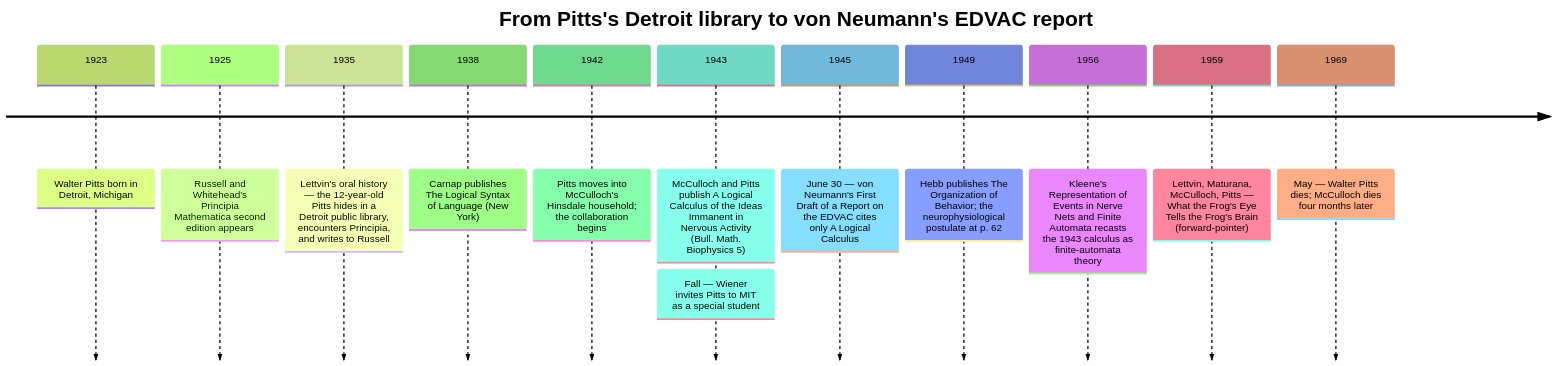
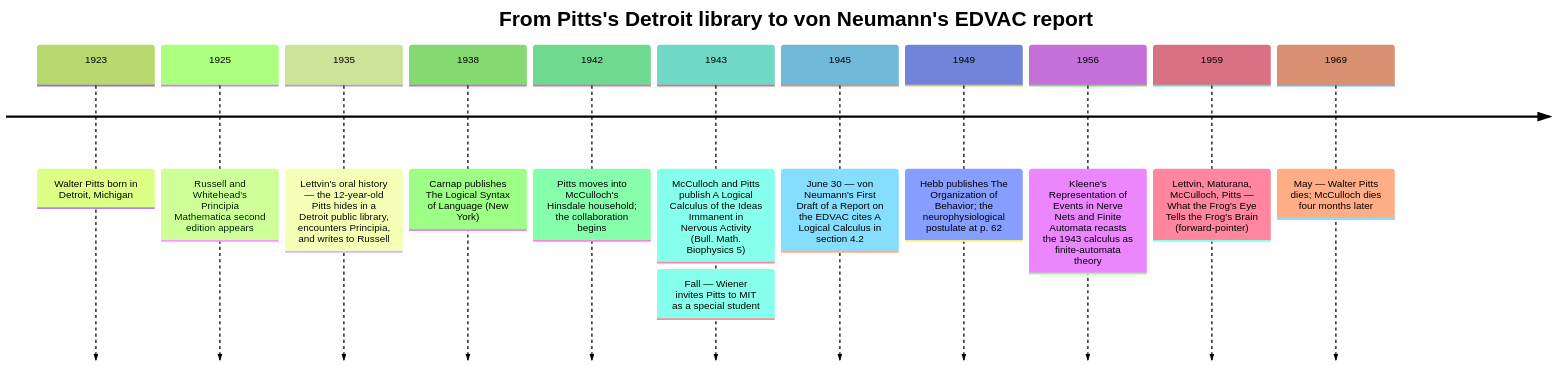
The diagram in src/content/docs/ai-history/ch-05-the-neural-abstraction.md (kube-dojo/kube-dojo), drawn with Mermaid (forest theme) before and after one commit. The commit also changed other lines of this file, not shown here.

````diff
--- a/src/content/docs/ai-history/ch-05-the-neural-abstraction.md
+++ b/src/content/docs/ai-history/ch-05-the-neural-abstraction.md
@@ -29,16 +29,16 @@
 ```mermaid
 timeline
     title From Pitts's Detroit library to von Neumann's EDVAC report
     1923 : Walter Pitts born in Detroit, Michigan
     1925 : Russell and Whitehead's Principia Mathematica second edition appears
     1935 : Lettvin's oral history — the 12-year-old Pitts hides in a Detroit public library, encounters Principia, and writes to Russell
     1938 : Carnap publishes The Logical Syntax of Language (New York)
     1942 : Pitts moves into McCulloch's Hinsdale household; the collaboration begins
     1943 : McCulloch and Pitts publish A Logical Calculus of the Ideas Immanent in Nervous Activity (Bull. Math. Biophysics 5)
          : Fall — Wiener invites Pitts to MIT as a special student
-    1945 : June 30 — von Neumann's First Draft of a Report on the EDVAC cites only A Logical Calculus
+    1945 : June 30 — von Neumann's First Draft of a Report on the EDVAC cites A Logical Calculus in section 4.2
     1949 : Hebb publishes The Organization of Behavior; the neurophysiological postulate at p. 62
     1956 : Kleene's Representation of Events in Nerve Nets and Finite Automata recasts the 1943 calculus as finite-automata theory
     1959 : Lettvin, Maturana, McCulloch, Pitts — What the Frog's Eye Tells the Frog's Brain (forward-pointer)
     1969 : May — Walter Pitts dies; McCulloch dies four months later
 ```
````
